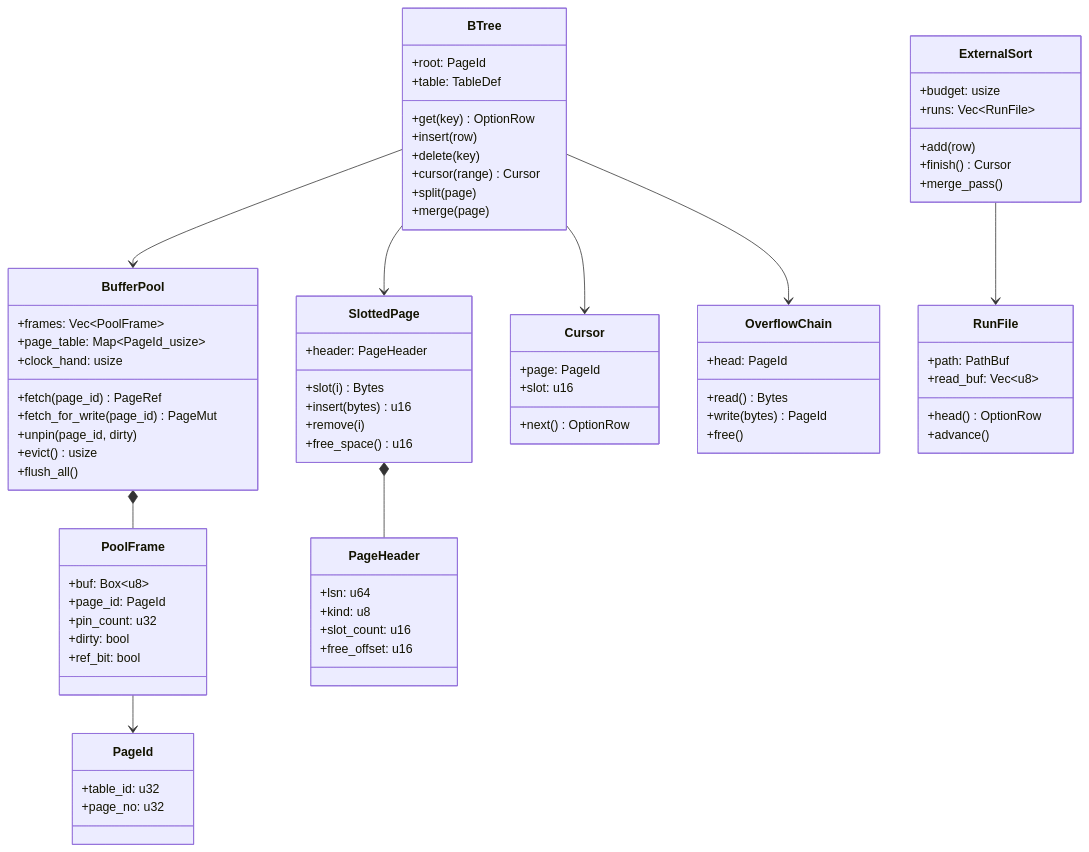
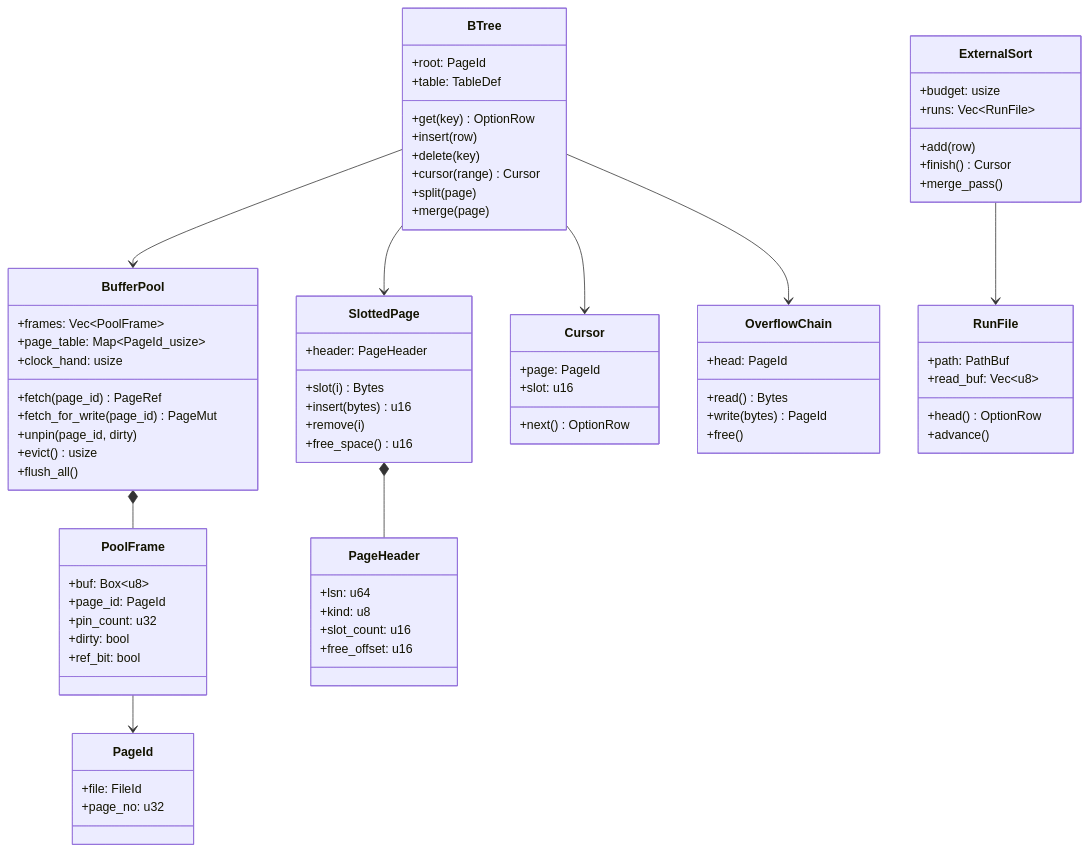
The sixth of 8 diagrams in docs/internals.md (mAzurkovic/garibaldb), drawn with Mermaid before and after one commit. The commit also changed other lines of this file and 7 other files, not shown here.

````diff
--- a/docs/internals.md
+++ b/docs/internals.md
@@ -357,79 +356,79 @@
 ```mermaid
 classDiagram
     class BufferPool {
         +frames: Vec~PoolFrame~
         +page_table: Map~PageId_usize~
         +clock_hand: usize
         +fetch(page_id) PageRef
         +fetch_for_write(page_id) PageMut
         +unpin(page_id, dirty)
         +evict() usize
         +flush_all()
     }
     class PoolFrame {
         +buf: Box~u8~
         +page_id: PageId
         +pin_count: u32
         +dirty: bool
         +ref_bit: bool
     }
     class PageId {
-        +table_id: u32
+        +file: FileId
         +page_no: u32
     }
     class SlottedPage {
         +header: PageHeader
         +slot(i) Bytes
         +insert(bytes) u16
         +remove(i)
         +free_space() u16
     }
     class PageHeader {
         +lsn: u64
         +kind: u8
         +slot_count: u16
         +free_offset: u16
     }
     class BTree {
         +root: PageId
         +table: TableDef
         +get(key) OptionRow
         +insert(row)
         +delete(key)
         +cursor(range) Cursor
         +split(page)
         +merge(page)
     }
     class Cursor {
         +page: PageId
         +slot: u16
         +next() OptionRow
     }
     class OverflowChain {
         +head: PageId
         +read() Bytes
         +write(bytes) PageId
         +free()
     }
     class ExternalSort {
         +budget: usize
         +runs: Vec~RunFile~
         +add(row)
         +finish() Cursor
         +merge_pass()
     }
     class RunFile {
         +path: PathBuf
         +read_buf: Vec~u8~
         +head() OptionRow
         +advance()
     }
     BufferPool *-- PoolFrame
     PoolFrame --> PageId
     SlottedPage *-- PageHeader
     BTree --> BufferPool
     BTree --> Cursor
     BTree --> OverflowChain
     BTree --> SlottedPage
     ExternalSort --> RunFile
 ```
````
